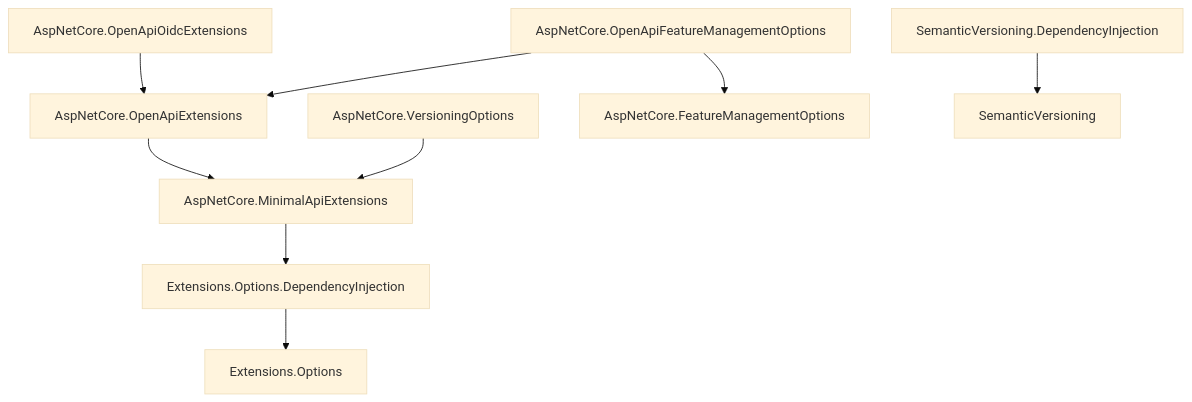
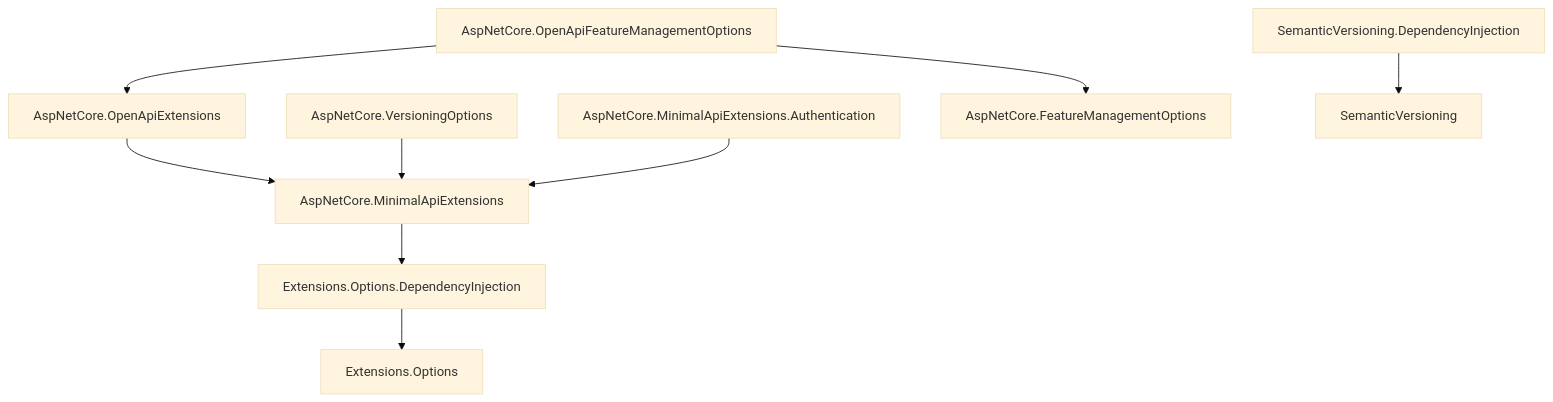
One commit to kritikos-io/AspNetCore.Extensions changed the diagram in README.md. Above: the diagram before and after it, drawn with Mermaid (base theme). The commit also changed other lines of this file and 87 other files, not shown here.

````diff
--- a/README.md
+++ b/README.md
@@ -40,11 +40,11 @@
 ```mermaid
 flowchart TD
   eodi[Extensions.Options.DependencyInjection] --> eo[Extensions.Options]
   mae[AspNetCore.MinimalApiExtensions] --> eodi
   oae[AspNetCore.OpenApiExtensions] --> mae
   vo[AspNetCore.VersioningOptions] --> mae
-  ooie[AspNetCore.OpenApiOidcExtensions] --> oae
+  maea[AspNetCore.MinimalApiExtensions.Authentication] --> mae
   ofmo[AspNetCore.OpenApiFeatureManagementOptions] --> oae
   ofmo --> fmo[AspNetCore.FeatureManagementOptions]
   svdi[SemanticVersioning.DependencyInjection] --> sv[SemanticVersioning]
 ```
````
